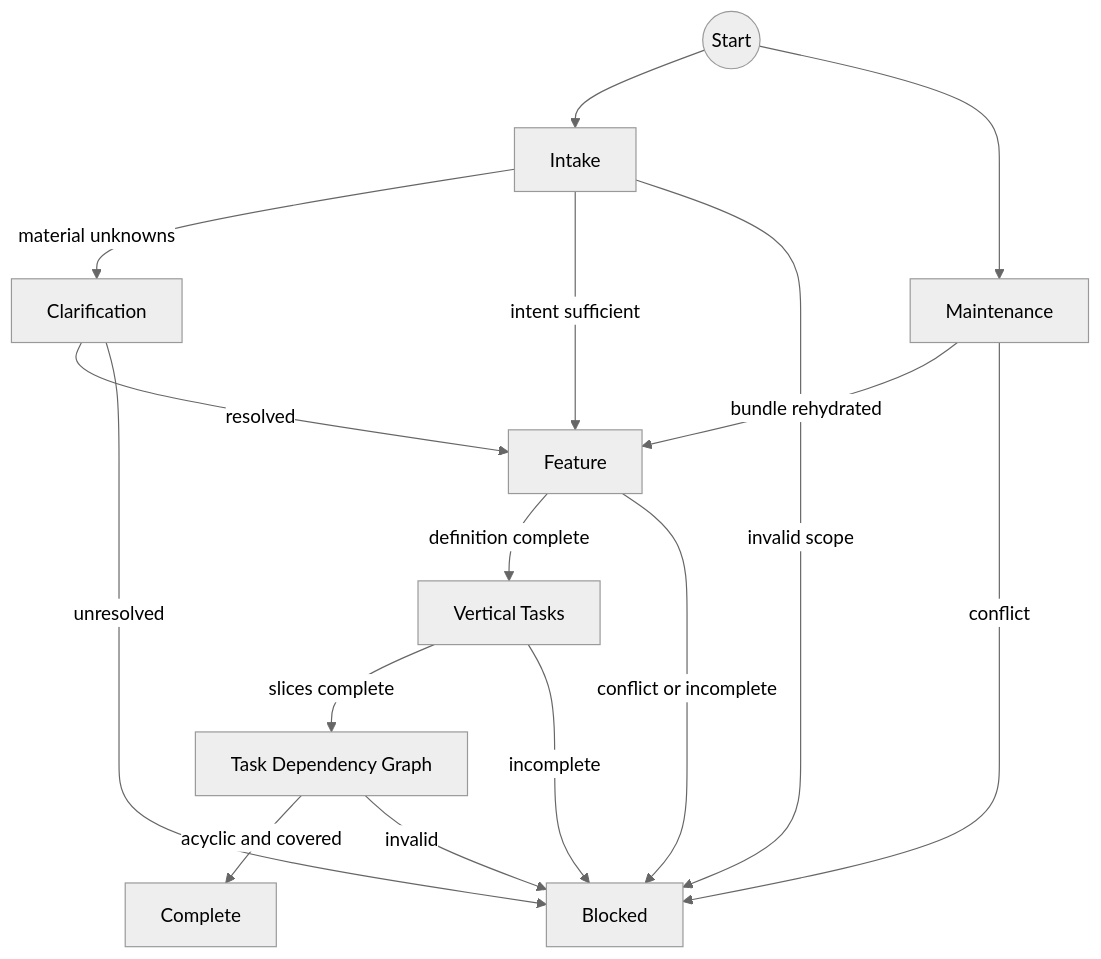
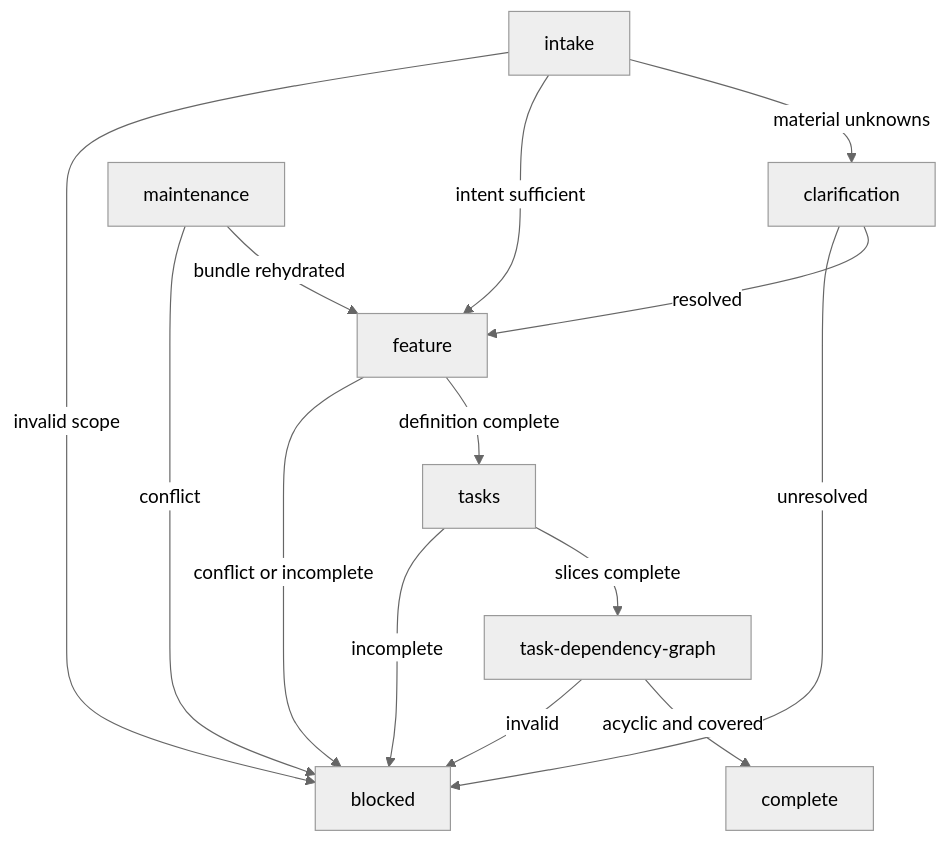
One commit to alemar11/dotagents changed the diagram in plugins/se2/skills/feature/SKILL.md. Above: the diagram before and after it, drawn with Mermaid (neutral theme). The commit also changed other lines of this file and 13 other files, not shown here.

First line of the commit message:
Unify SE2 skills around graph-first workflows

```diff
--- a/plugins/se2/skills/feature/SKILL.md
+++ b/plugins/se2/skills/feature/SKILL.md
@@ -117,18 +127,16 @@
 ~~~mermaid
 flowchart TD
-    start((Start)) --> intake["Intake"]
-    start --> maintenance["Maintenance"]
-    maintenance -->|bundle rehydrated| feature["Feature"]
-    maintenance -->|conflict| blocked["Blocked"]
-    intake -->|material unknowns| clarification["Clarification"]
+    intake -->|material unknowns| clarification
     intake -->|intent sufficient| feature
-    intake -->|invalid scope| blocked["Blocked"]
+    intake -->|invalid scope| blocked
+    maintenance -->|bundle rehydrated| feature
+    maintenance -->|conflict| blocked
     clarification -->|resolved| feature
     clarification -->|unresolved| blocked
-    feature -->|definition complete| tasks["Vertical Tasks"]
+    feature -->|definition complete| tasks
     feature -->|conflict or incomplete| blocked
-    tasks -->|slices complete| task_dependency_graph["Task Dependency Graph"]
+    tasks -->|slices complete| task-dependency-graph
     tasks -->|incomplete| blocked
-    task_dependency_graph -->|acyclic and covered| complete["Complete"]
-    task_dependency_graph -->|invalid| blocked
+    task-dependency-graph -->|acyclic and covered| complete
+    task-dependency-graph -->|invalid| blocked
 ~~~
```
